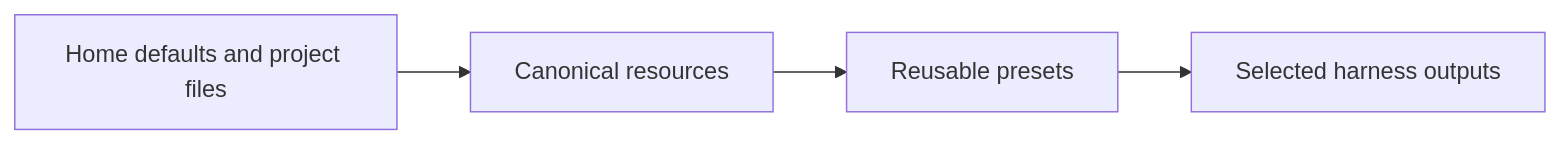
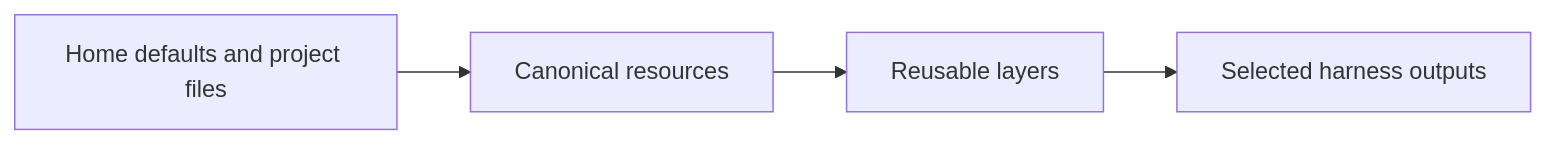
Before and after one commit to harnesstap/harnesstap: the diagram in SPEC.md, drawn with Mermaid. The commit also changed other lines of this file and 134 other files, not shown here.

````diff
--- a/SPEC.md
+++ b/SPEC.md
@@ -25,6 +25,6 @@
 ```mermaid
 flowchart LR
   A[Home defaults and project files] --> B[Canonical resources]
-  B --> C[Reusable presets]
+  B --> C[Reusable layers]
   C --> D[Selected harness outputs]
 ```
````
